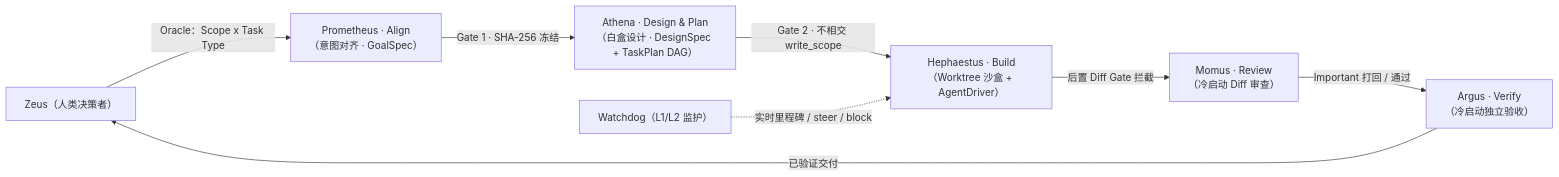
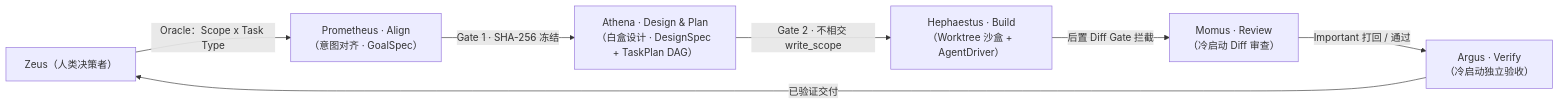
The diagram in README.zh-CN.md (KADG777/Olympus4SWE), drawn with Mermaid before and after one commit. The commit also changed other lines of this file and 14 other files, not shown here.

````diff
--- a/README.zh-CN.md
+++ b/README.zh-CN.md
@@ -26,10 +26,9 @@
 ```mermaid
 flowchart LR
     Zeus["Zeus（人类决策者）"] -->|Oracle：Scope x Task Type| Prometheus["Prometheus · Align\n（意图对齐 · GoalSpec）"]
     Prometheus -->|Gate 1 · SHA-256 冻结| Athena["Athena · Design & Plan\n（白盒设计 · DesignSpec + TaskPlan DAG）"]
     Athena -->|Gate 2 · 不相交 write_scope| Hephaestus["Hephaestus · Build\n（Worktree 沙盒 + AgentDriver）"]
     Hephaestus -->|后置 Diff Gate 拦截| Momus["Momus · Review\n（冷启动 Diff 审查）"]
     Momus -->|Important 打回 / 通过| Argus["Argus · Verify\n（冷启动独立验收）"]
     Argus -->|已验证交付| Zeus
-    Watchdog["Watchdog（L1/L2 监护）"] -.->|实时里程碑 / steer / block| Hephaestus
 ```
````
